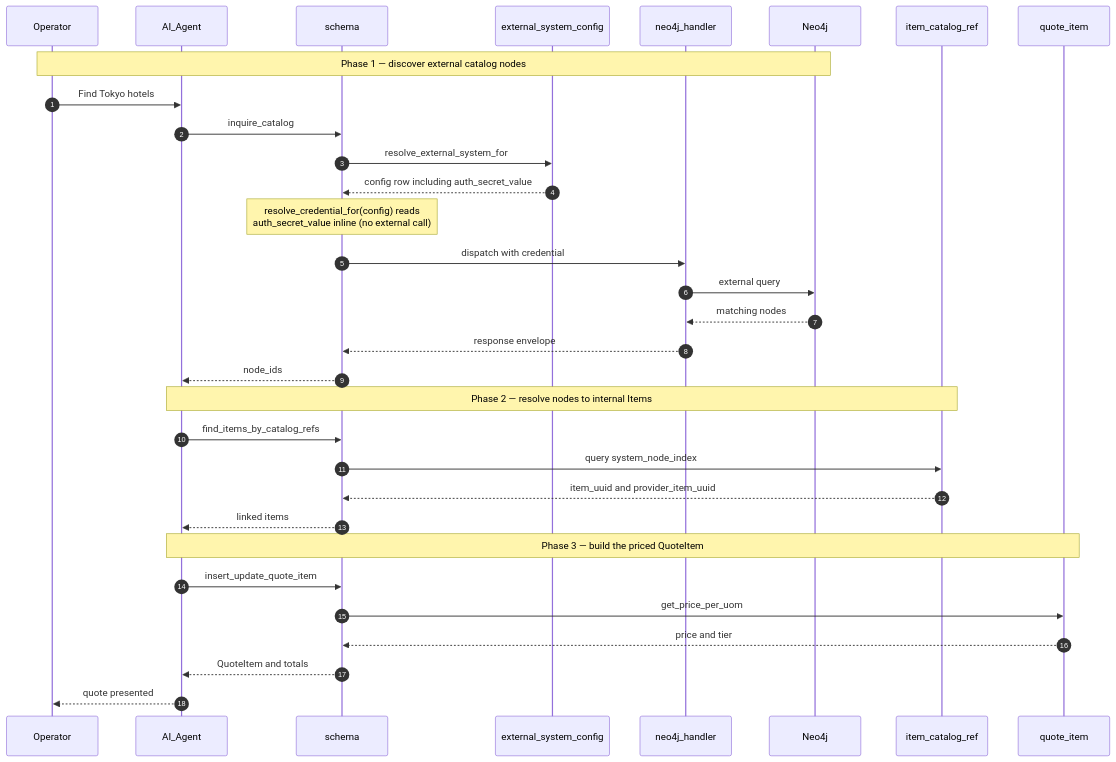
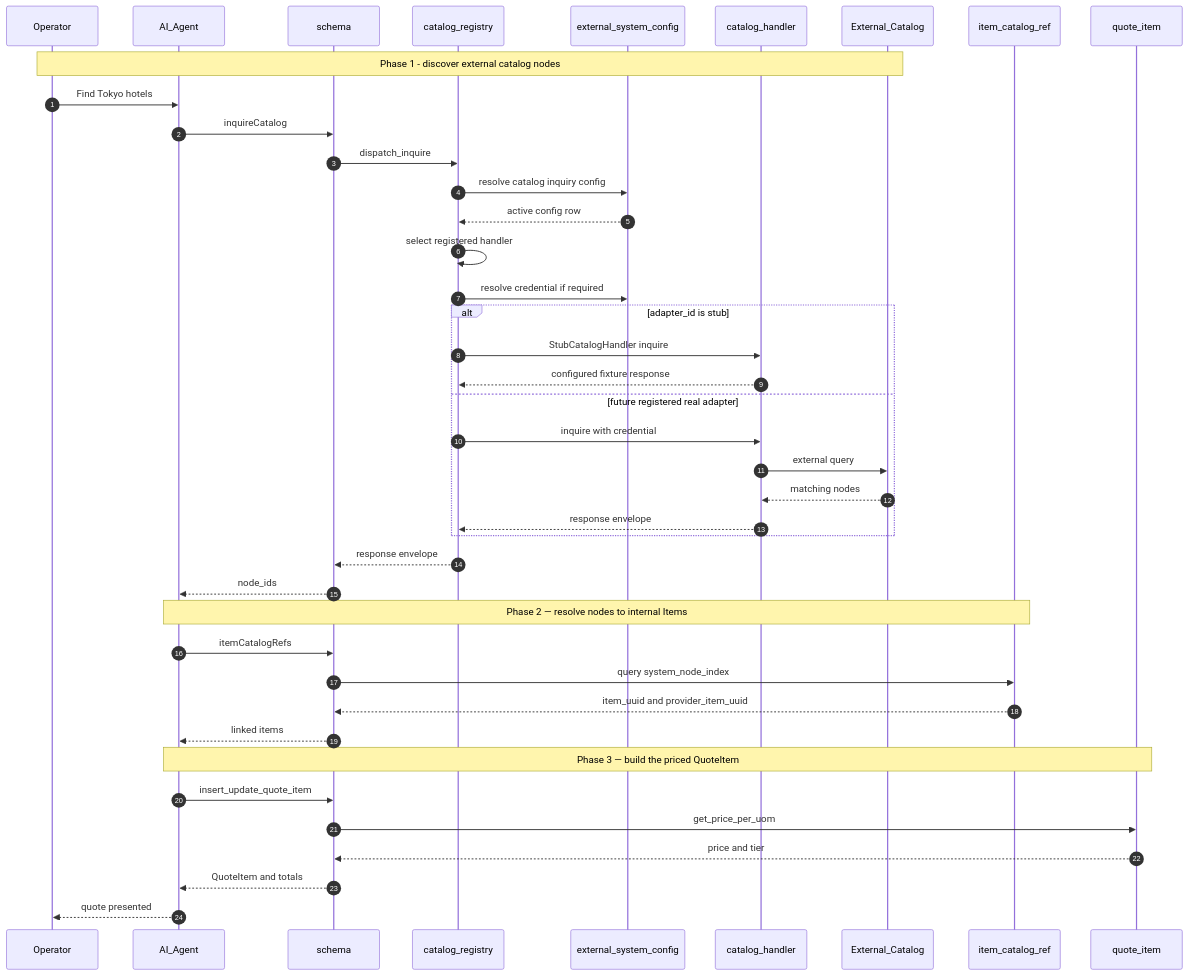
The first of 3 diagrams in docs/HOSPITALITY_BUSINESS_GAP_PLAN.md (ideabosque/ai_rfq_engine), drawn with Mermaid before and after one commit. The commit also changed other lines of this file, not shown here.

````diff
--- a/docs/HOSPITALITY_BUSINESS_GAP_PLAN.md
+++ b/docs/HOSPITALITY_BUSINESS_GAP_PLAN.md
@@ -718,37 +739,46 @@
 ```mermaid
 sequenceDiagram
     autonumber
     participant Operator
     participant AI_Agent
     participant schema
+    participant catalog_registry
     participant external_system_config
-    participant neo4j_handler
-    participant Neo4j
+    participant catalog_handler
+    participant External_Catalog
     participant item_catalog_ref
     participant quote_item
 
-    Note over Operator,Neo4j: Phase 1 — discover external catalog nodes
+    Note over Operator,External_Catalog: Phase 1 - discover external catalog nodes
     Operator->>AI_Agent: Find Tokyo hotels
-    AI_Agent->>schema: inquire_catalog
-    schema->>external_system_config: resolve_external_system_for
-    external_system_config-->>schema: config row including auth_secret_value
-    Note over schema: resolve_credential_for(config) reads<br/>auth_secret_value inline (no external call)
-    schema->>neo4j_handler: dispatch with credential
-    neo4j_handler->>Neo4j: external query
-    Neo4j-->>neo4j_handler: matching nodes
-    neo4j_handler-->>schema: response envelope
+    AI_Agent->>schema: inquireCatalog
+    schema->>catalog_registry: dispatch_inquire
+    catalog_registry->>external_system_config: resolve catalog inquiry config
+    external_system_config-->>catalog_registry: active config row
+    catalog_registry->>catalog_registry: select registered handler
+    catalog_registry->>external_system_config: resolve credential if required
+    alt adapter_id is stub
+        catalog_registry->>catalog_handler: StubCatalogHandler inquire
+        catalog_handler-->>catalog_registry: configured fixture response
+    else future registered real adapter
+        catalog_registry->>catalog_handler: inquire with credential
+        catalog_handler->>External_Catalog: external query
+        External_Catalog-->>catalog_handler: matching nodes
+        catalog_handler-->>catalog_registry: response envelope
+    end
+    catalog_registry-->>schema: response envelope
     schema-->>AI_Agent: node_ids
 
     Note over AI_Agent,item_catalog_ref: Phase 2 — resolve nodes to internal Items
-    AI_Agent->>schema: find_items_by_catalog_refs
+    AI_Agent->>schema: itemCatalogRefs
     schema->>item_catalog_ref: query system_node_index
     item_catalog_ref-->>schema: item_uuid and provider_item_uuid
     schema-->>AI_Agent: linked items
 
     Note over AI_Agent,quote_item: Phase 3 — build the priced QuoteItem
     AI_Agent->>schema: insert_update_quote_item
     schema->>quote_item: get_price_per_uom
     quote_item-->>schema: price and tier
     schema-->>AI_Agent: QuoteItem and totals
     AI_Agent-->>Operator: quote presented
 ```
````
